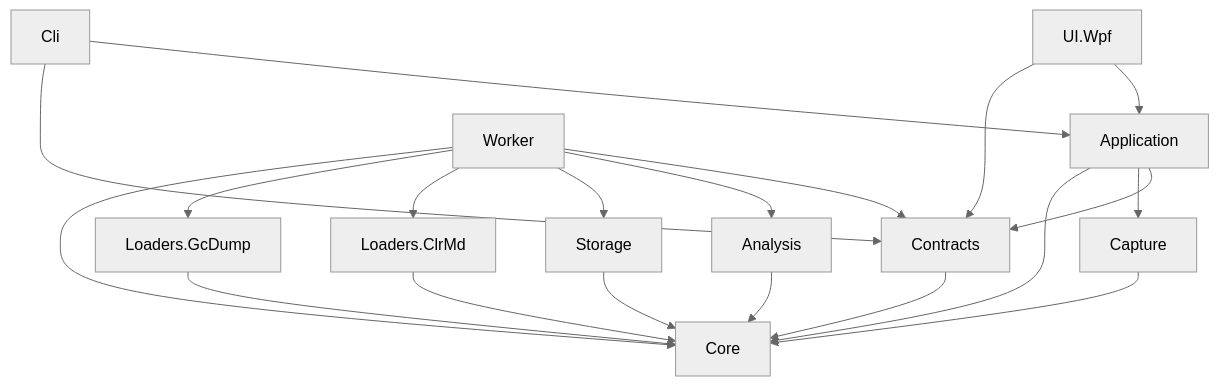
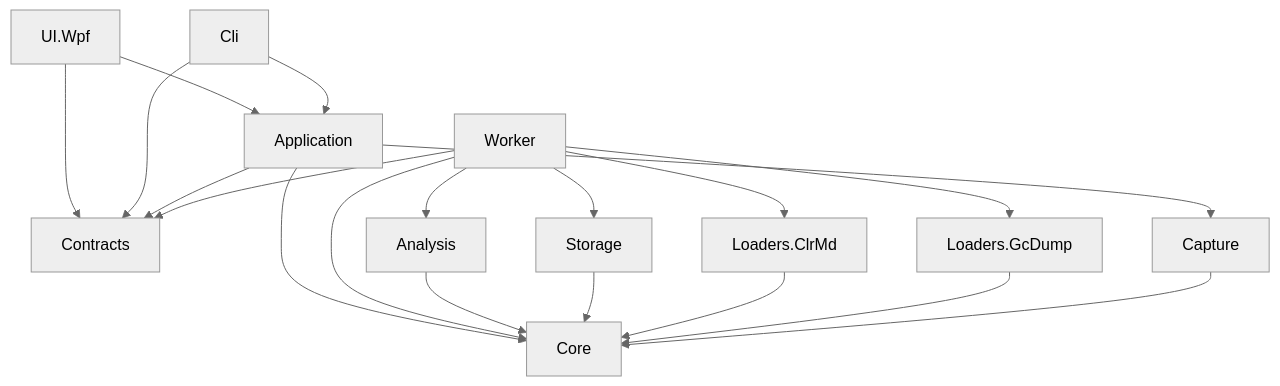
The second of 2 diagrams in docs/ARCHITECTURE.md (rklundt/HeapScope), drawn with Mermaid (neutral theme) before and after one commit. The commit also changed other lines of this file and 59 other files, not shown here.

````diff
--- a/docs/ARCHITECTURE.md
+++ b/docs/ARCHITECTURE.md
@@ -104,22 +104,21 @@
 ```mermaid
 flowchart TD
     UI[UI.Wpf] --> App[Application]
     UI --> Con[Contracts]
     Cli[Cli] --> App
     Cli --> Con
     App --> Con
     App --> Cap[Capture]
     App --> Core
     Wk[Worker] --> Con
     Wk --> Ana[Analysis]
     Wk --> Sto[Storage]
     Wk --> LC[Loaders.ClrMd]
     Wk --> LG[Loaders.GcDump]
     Wk --> Core
-    Con --> Core
     Ana --> Core
     Sto --> Core
     LC --> Core
     LG --> Core
     Cap --> Core
 ```
````
